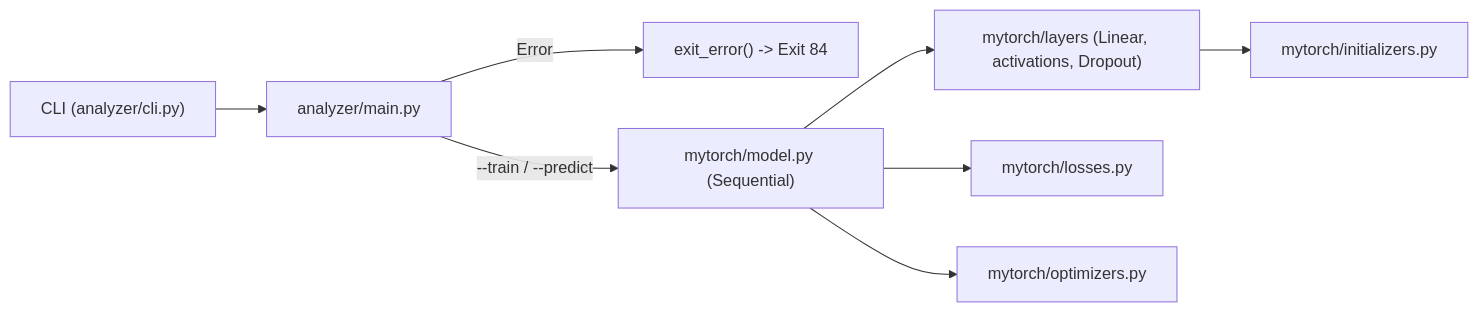
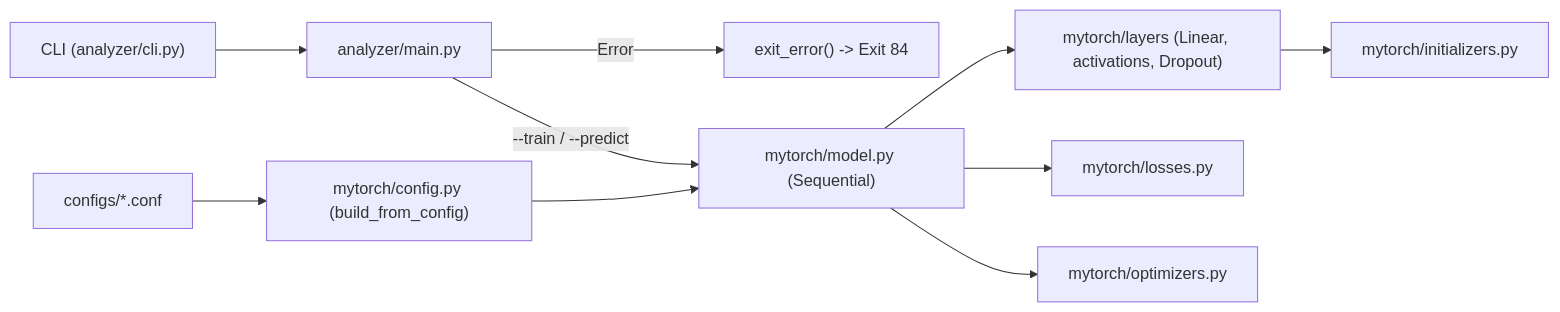
Before and after one commit to LeJih8-24/OurTorch: the diagram in ARCHITECTURE.md, drawn with Mermaid. The commit also changed other lines of this file and 1 other file, not shown here.

First line of the commit message:
docs(config): documented input normalization and the .conf format

````diff
--- a/ARCHITECTURE.md
+++ b/ARCHITECTURE.md
@@ -218,10 +312,12 @@
 ```mermaid
 flowchart LR
     CLI["CLI (analyzer/cli.py)"] --> Main["analyzer/main.py"]
     Main -->|Error| Utils["exit_error() -> Exit 84"]
     Main -->|--train / --predict| Engine["mytorch/model.py (Sequential)"]
     Engine --> Layers["mytorch/layers (Linear, activations, Dropout)"]
     Engine --> Loss["mytorch/losses.py"]
     Engine --> Optim["mytorch/optimizers.py"]
+    Conf["configs/*.conf"] --> Config["mytorch/config.py (build_from_config)"]
+    Config --> Engine
     Layers --> Init["mytorch/initializers.py"]
 ```
````
